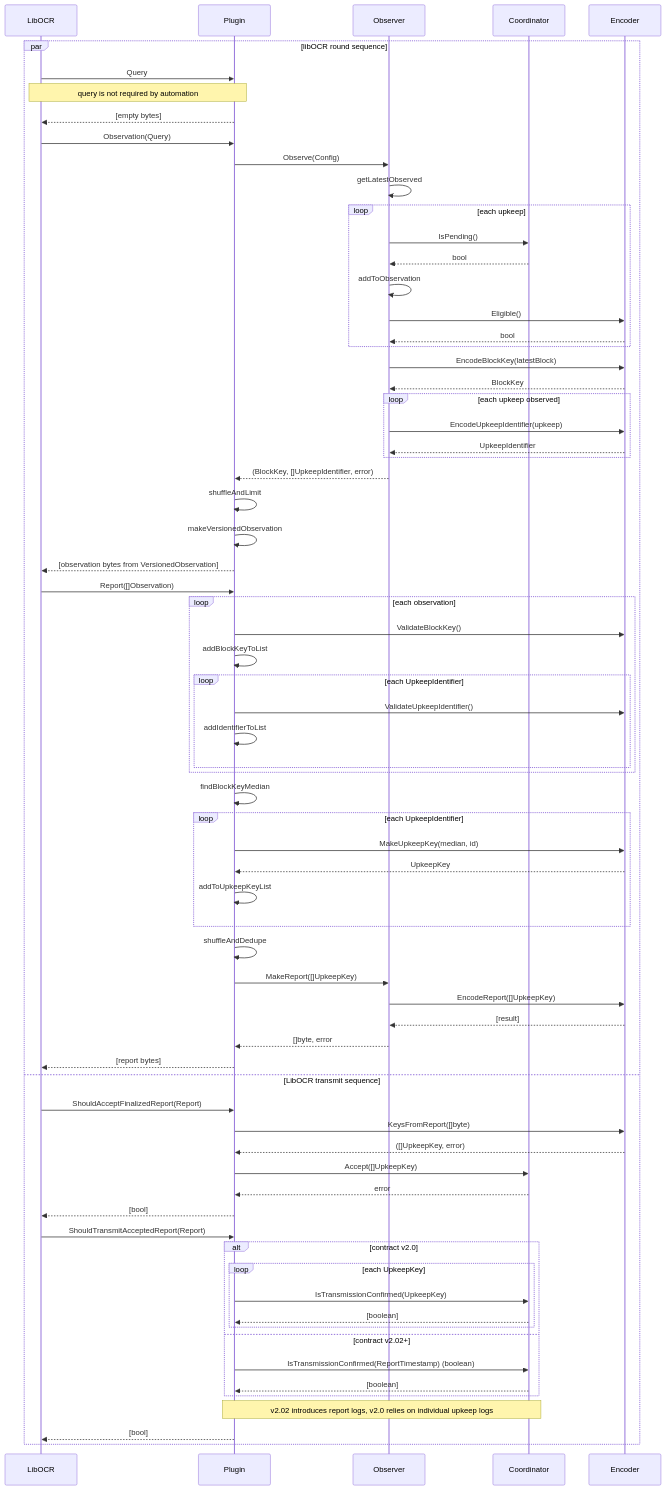
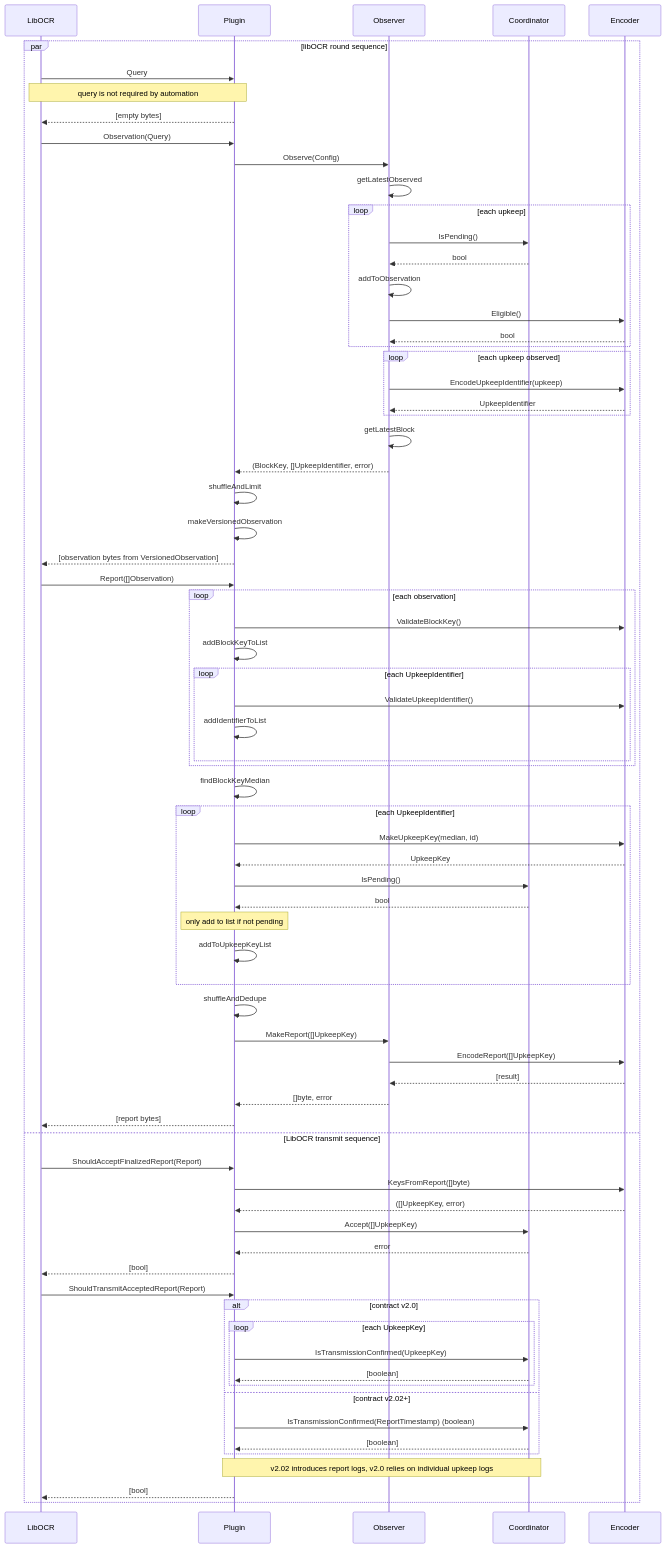
Before and after one commit to smartcontractkit/chainlink-automation: the diagram in docs/diagrams/PLUGINDIAGRAM.md, drawn with Mermaid. The commit also changed 3 other files, not shown here.

```diff
--- a/docs/diagrams/PLUGINDIAGRAM.md
+++ b/docs/diagrams/PLUGINDIAGRAM.md
@@ -27,13 +27,12 @@
             Encoder-->>Observer: bool
         end
 
-        Observer->>Encoder: EncodeBlockKey(latestBlock)
-        Encoder-->>Observer: BlockKey
-
         loop each upkeep observed
             Observer->>Encoder: EncodeUpkeepIdentifier(upkeep)
             Encoder-->>Observer: UpkeepIdentifier
         end
+        
+        Observer->>Observer: getLatestBlock
 
         Observer-->>Plugin: (BlockKey, []UpkeepIdentifier, error)
         Plugin->>Plugin: shuffleAndLimit
@@ -59,6 +58,10 @@
             Plugin->>Encoder: MakeUpkeepKey(median, id)
             Encoder-->>Plugin: UpkeepKey
 
+            Plugin->>Coordinator: IsPending()
+            Coordinator-->>Plugin: bool
+
+            Note over Plugin: only add to list if not pending
             Plugin->>Plugin: addToUpkeepKeyList
         end
 
```
